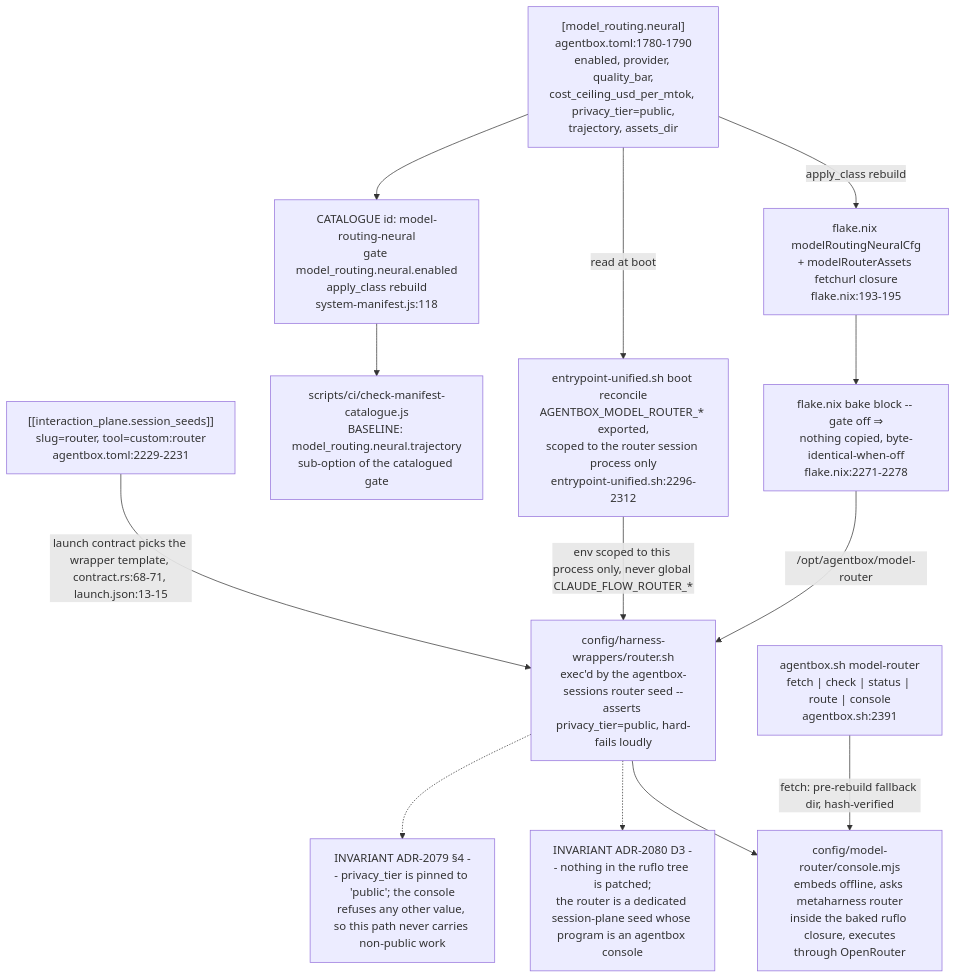
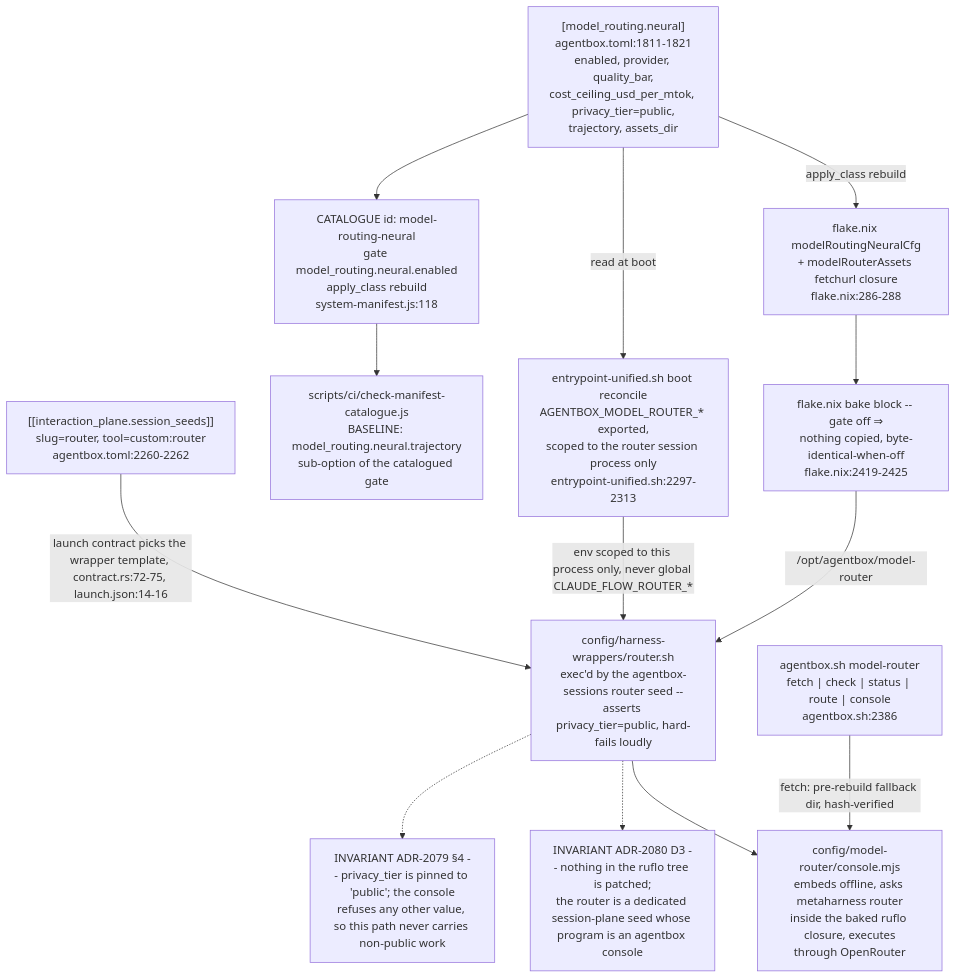
One commit to DreamLab-AI/VisionFlow changed diagram 14 of 15 in docs/diagrams/agentbox/15-capability-gating-spend-consultants.md. Above: the diagram before and after it, drawn with Mermaid. The commit also changed other lines of this file and 6 other files, not shown here.

````diff
--- a/docs/diagrams/agentbox/15-capability-gating-spend-consultants.md
+++ b/docs/diagrams/agentbox/15-capability-gating-spend-consultants.md
@@ -686,29 +691,29 @@
 ```mermaid
 flowchart TD
-    T["[model_routing.neural]<br/>agentbox.toml:1780-1790<br/>enabled, provider, quality_bar,<br/>cost_ceiling_usd_per_mtok, privacy_tier=public,<br/>trajectory, assets_dir"]
-    SEED["[[interaction_plane.session_seeds]]<br/>slug=router, tool=custom:router<br/>agentbox.toml:2229-2231"]
+    T["[model_routing.neural]<br/>agentbox.toml:1811-1821<br/>enabled, provider, quality_bar,<br/>cost_ceiling_usd_per_mtok, privacy_tier=public,<br/>trajectory, assets_dir"]
+    SEED["[[interaction_plane.session_seeds]]<br/>slug=router, tool=custom:router<br/>agentbox.toml:2260-2262"]
     CAT["CATALOGUE id: model-routing-neural<br/>gate model_routing.neural.enabled<br/>apply_class rebuild<br/>system-manifest.js:118"]
-    NIX["flake.nix modelRoutingNeuralCfg<br/>+ modelRouterAssets fetchurl closure<br/>flake.nix:193-195"]
-    BAKE["flake.nix bake block -- gate off ⇒<br/>nothing copied, byte-identical-when-off<br/>flake.nix:2271-2278"]
-    ENTRY["entrypoint-unified.sh boot reconcile<br/>AGENTBOX_MODEL_ROUTER_* exported,<br/>scoped to the router session process only<br/>entrypoint-unified.sh:2296-2312"]
+    NIX["flake.nix modelRoutingNeuralCfg<br/>+ modelRouterAssets fetchurl closure<br/>flake.nix:286-288"]
+    BAKE["flake.nix bake block -- gate off ⇒<br/>nothing copied, byte-identical-when-off<br/>flake.nix:2419-2425"]
+    ENTRY["entrypoint-unified.sh boot reconcile<br/>AGENTBOX_MODEL_ROUTER_* exported,<br/>scoped to the router session process only<br/>entrypoint-unified.sh:2297-2313"]
     WRAP["config/harness-wrappers/router.sh<br/>exec'd by the agentbox-sessions router seed --<br/>asserts privacy_tier=public, hard-fails loudly"]
     CONSOLE["config/model-router/console.mjs<br/>embeds offline, asks metaharness router<br/>inside the baked ruflo closure, executes<br/>through OpenRouter"]
-    CLI["agentbox.sh model-router<br/>fetch #124; check #124; status #124; route #124; console<br/>agentbox.sh:2391"]
+    CLI["agentbox.sh model-router<br/>fetch #124; check #124; status #124; route #124; console<br/>agentbox.sh:2386"]
     CATCHECK["scripts/ci/check-manifest-catalogue.js<br/>BASELINE: model_routing.neural.trajectory<br/>sub-option of the catalogued gate"]
 
     T -->|"apply_class rebuild"| NIX
     NIX --> BAKE
     BAKE -->|"/opt/agentbox/model-router"| WRAP
     T -->|"read at boot"| ENTRY
     ENTRY -->|"env scoped to this process only, never global CLAUDE_FLOW_ROUTER_*"| WRAP
-    SEED -->|"launch contract picks the wrapper template, contract.rs:68-71, launch.json:13-15"| WRAP
+    SEED -->|"launch contract picks the wrapper template, contract.rs:72-75, launch.json:14-16"| WRAP
     WRAP --> CONSOLE
     CLI -->|"fetch: pre-rebuild fallback dir, hash-verified"| CONSOLE
     T --> CAT
     CAT --> CATCHECK
 
     NOTE1["INVARIANT ADR-2080 D3 -- nothing in the ruflo tree is patched;<br/>the router is a dedicated session-plane seed whose program is an agentbox console"]
     NOTE2["INVARIANT ADR-2079 §4 -- privacy_tier is pinned to 'public'; the console<br/>refuses any other value, so this path never carries non-public work"]
     WRAP -.-> NOTE1
     WRAP -.-> NOTE2
 ```
````
